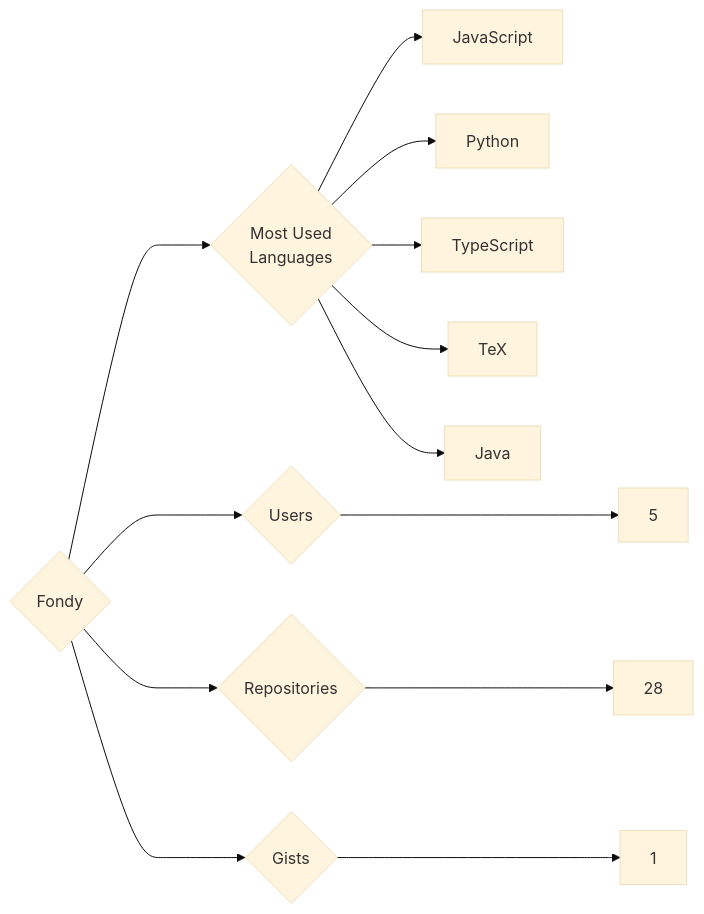
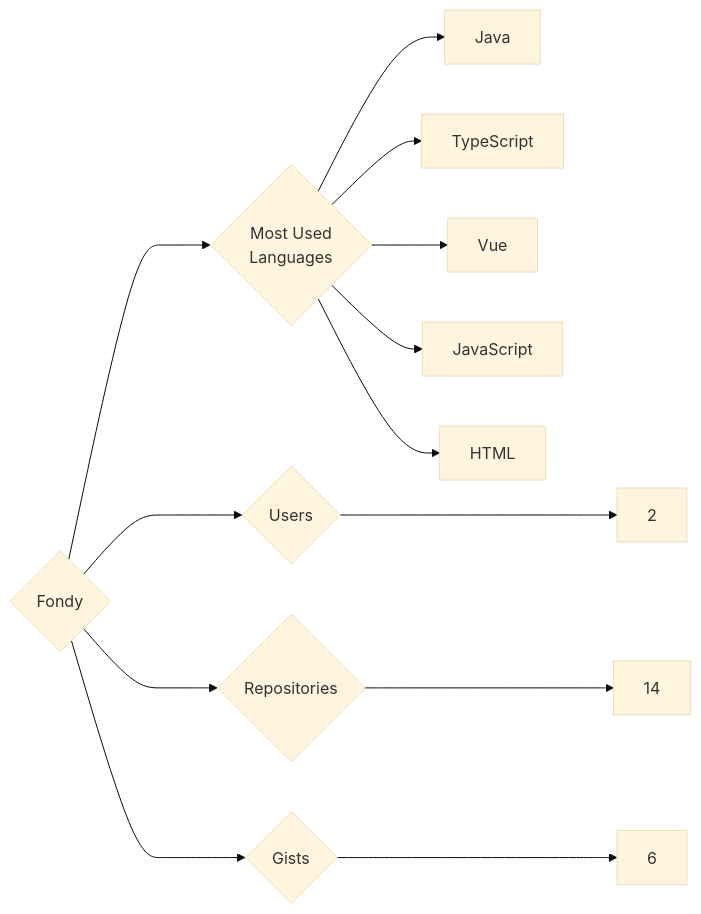
The diagram in targets/Fondy/README.md (trickest/insiders), drawn with Mermaid (base theme) before and after one commit. The commit also changed 1084 other files, not shown here.

````diff
--- a/targets/Fondy/README.md
+++ b/targets/Fondy/README.md
@@ -3,13 +3,13 @@
 ```mermaid
 graph LR
 COMPANY_NAME{Fondy}
-COMPANY_NAME ---> U{Users} ---> UN[5]
-COMPANY_NAME ---> R{Repositories} ---> RN[28]
-COMPANY_NAME ---> G{Gists} ---> GN[1]
+COMPANY_NAME ---> U{Users} ---> UN[2]
+COMPANY_NAME ---> R{Repositories} ---> RN[14]
+COMPANY_NAME ---> G{Gists} ---> GN[6]
 COMPANY_NAME ---> ML{Most Used<br>Languages}
+ML --> Java[Java]
+ML --> TypeScript[TypeScript]
+ML --> Vue[Vue]
 ML --> JavaScript[JavaScript]
-ML --> Python[Python]
-ML --> TypeScript[TypeScript]
-ML --> TeX[TeX]
-ML --> Java[Java]
+ML --> HTML[HTML]
 ```
````
